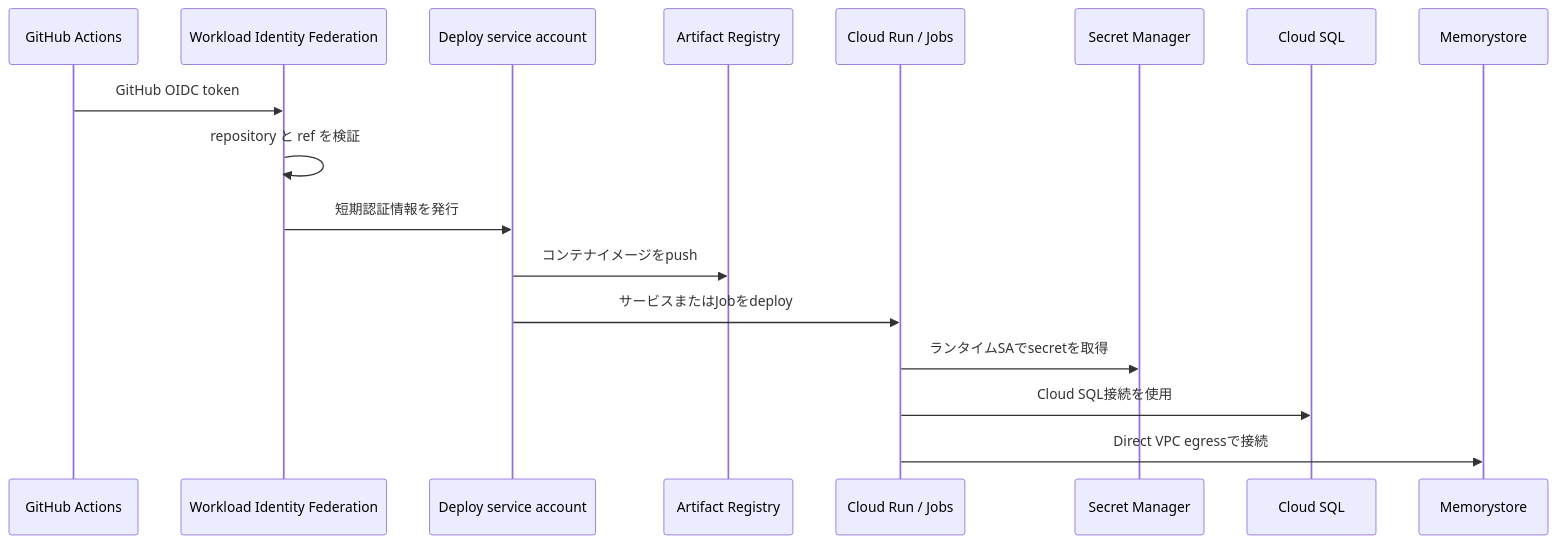
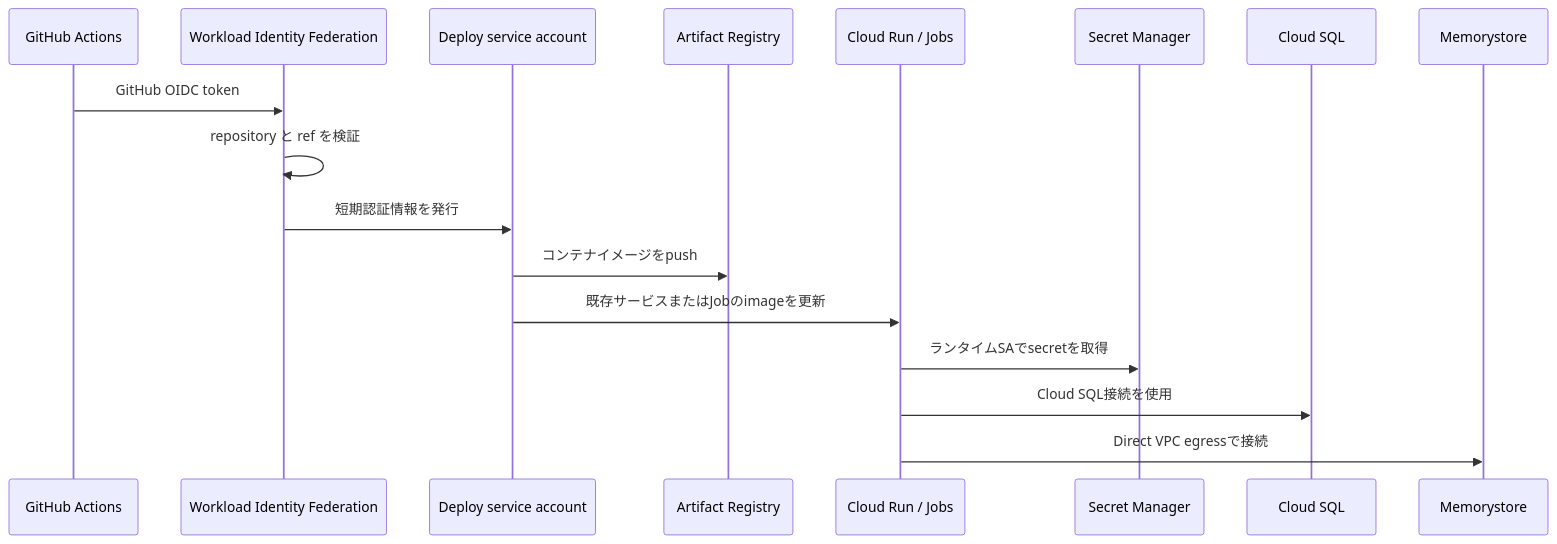
Before and after one commit to UCHIDAnobuhiro/stock-infra: the diagram in docs/architecture.md, drawn with Mermaid. The commit also changed other lines of this file and 9 other files, not shown here.

````diff
--- a/docs/architecture.md
+++ b/docs/architecture.md
@@ -36,20 +39,20 @@
 ```mermaid
 sequenceDiagram
     participant GH as GitHub Actions
     participant WIF as Workload Identity Federation
     participant SA as Deploy service account
     participant AR as Artifact Registry
     participant RUN as Cloud Run / Jobs
     participant SM as Secret Manager
     participant SQL as Cloud SQL
     participant REDIS as Memorystore
 
     GH->>WIF: GitHub OIDC token
     WIF->>WIF: repository と ref を検証
     WIF->>SA: 短期認証情報を発行
     SA->>AR: コンテナイメージをpush
-    SA->>RUN: サービスまたはJobをdeploy
+    SA->>RUN: 既存サービスまたはJobのimageを更新
     RUN->>SM: ランタイムSAでsecretを取得
     RUN->>SQL: Cloud SQL接続を使用
     RUN->>REDIS: Direct VPC egressで接続
 ```
````
